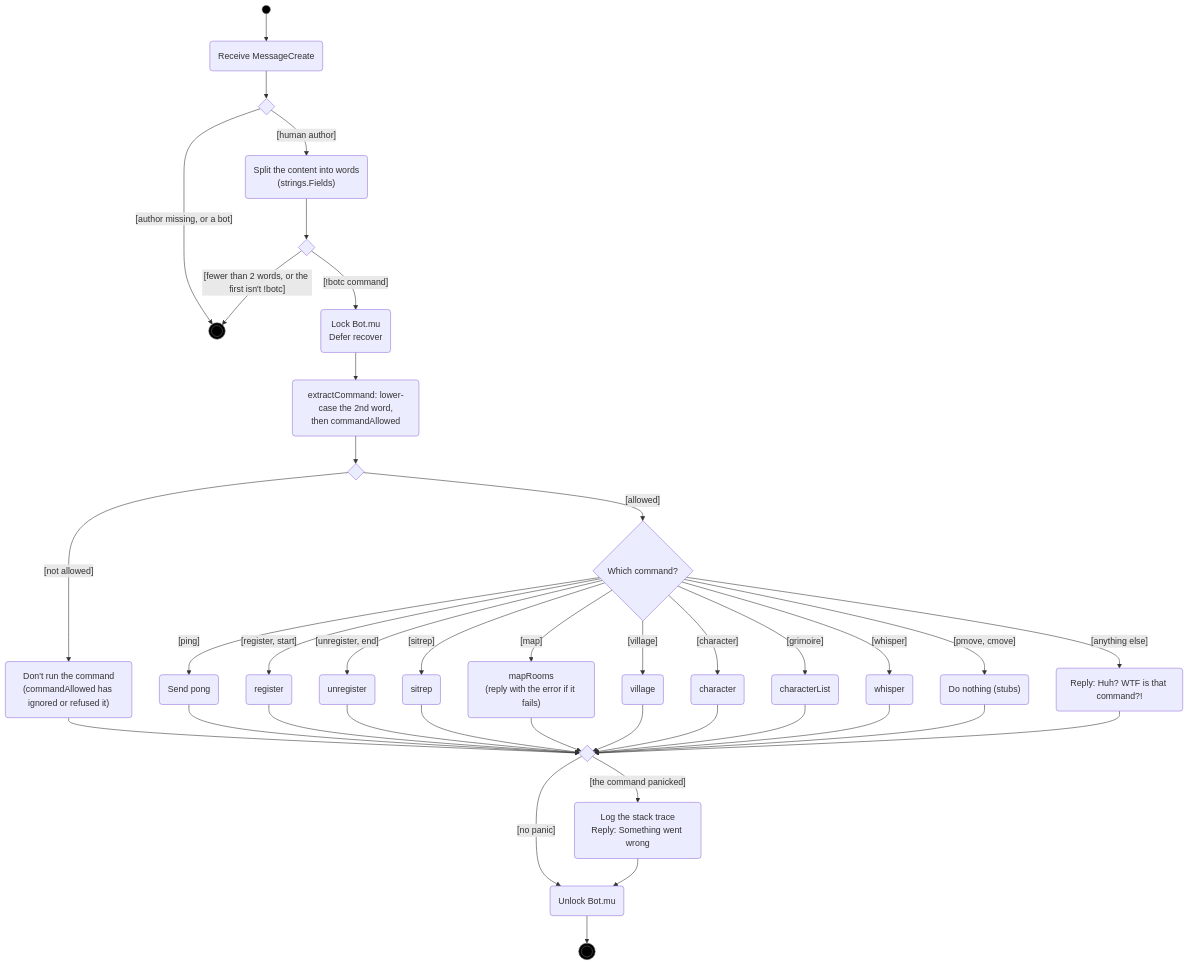
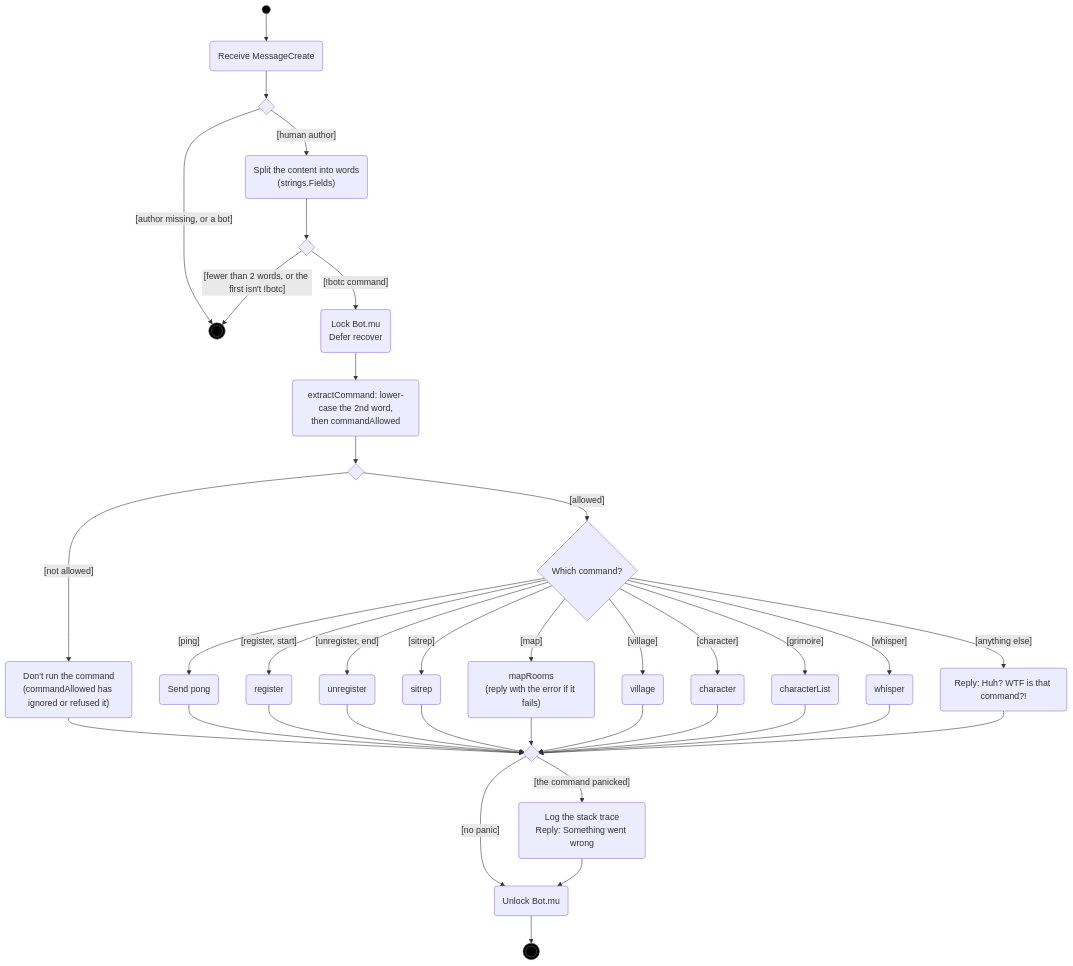
Before and after one commit to RAGNOARAKNOS/BotOnTheClocktower: the first of 3 diagrams in docs/uml/command-dispatch.md, drawn with Mermaid. The commit also changed other lines of this file and 10 other files, not shown here.

````diff
--- a/docs/uml/command-dispatch.md
+++ b/docs/uml/command-dispatch.md
@@ -11,33 +11,32 @@
 ```mermaid
 flowchart TD
     start((" ")):::initial --> recv("Receive MessageCreate")
     recv --> d1{" "}
     d1 -->|"[author missing, or a bot]"| ignored(((" "))):::final
     d1 -->|"[human author]"| split("Split the content into words<br/>(strings.Fields)")
     split --> d2{" "}
     d2 -->|"[fewer than 2 words, or the first isn't !botc]"| ignored
     d2 -->|"[!botc command]"| lock("Lock Bot.mu<br/>Defer recover")
     lock --> allowed("extractCommand: lower-case the 2nd word,<br/>then commandAllowed")
     allowed --> dok{" "}
     dok -->|"[not allowed]"| notrun("Don't run the command<br/>(commandAllowed has ignored or refused it)")
     dok -->|"[allowed]"| cmd{"Which command?"}
     cmd -->|"[ping]"| ping("Send pong")
     cmd -->|"[register, start]"| reg("register")
     cmd -->|"[unregister, end]"| unreg("unregister")
     cmd -->|"[sitrep]"| sit("sitrep")
     cmd -->|"[map]"| maprooms("mapRooms<br/>(reply with the error if it fails)")
     cmd -->|"[village]"| vil("village")
     cmd -->|"[character]"| chr("character")
     cmd -->|"[grimoire]"| gri("characterList")
     cmd -->|"[whisper]"| whi("whisper")
-    cmd -->|"[pmove, cmove]"| stub("Do nothing (stubs)")
     cmd -->|"[anything else]"| wtf("Reply: Huh? WTF is that command?!")
-    notrun & ping & reg & unreg & sit & maprooms & vil & chr & gri & whi & stub & wtf --> merged{" "}
+    notrun & ping & reg & unreg & sit & maprooms & vil & chr & gri & whi & wtf --> merged{" "}
     merged -->|"[the command panicked]"| rec("Log the stack trace<br/>Reply: Something went wrong")
     merged -->|"[no panic]"| unlock("Unlock Bot.mu")
     rec --> unlock
     unlock --> done(((" "))):::final
 
     classDef initial fill:#000,stroke:#666
     classDef final fill:#000,stroke:#666
 ```
````
